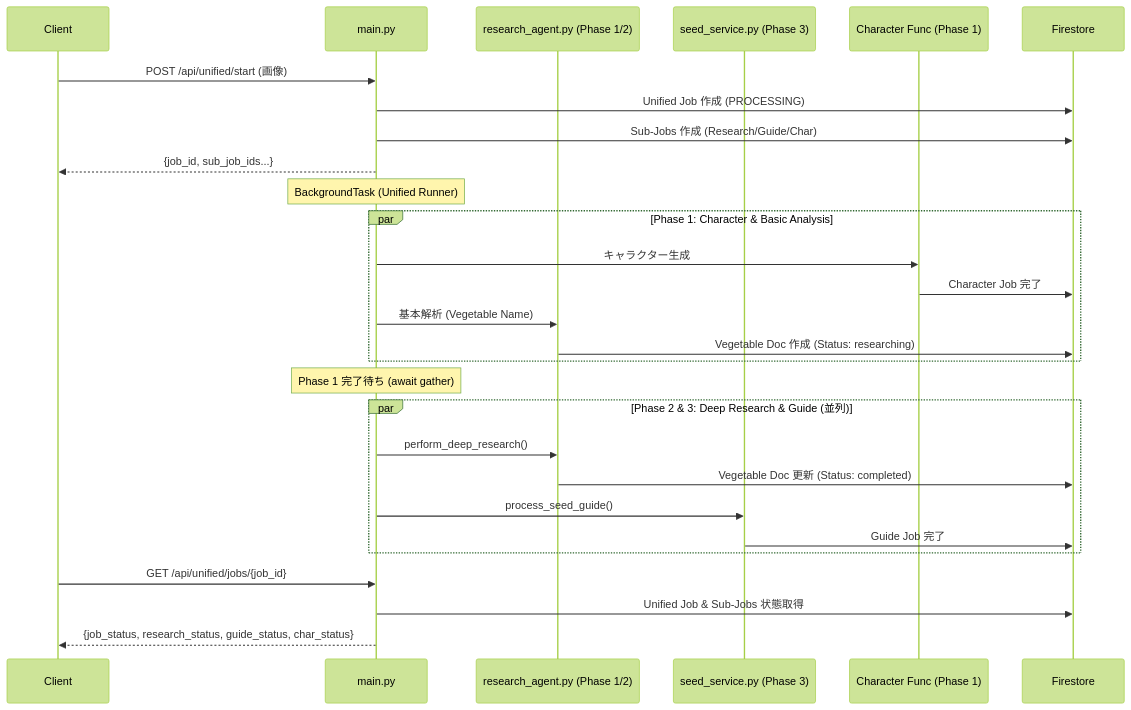
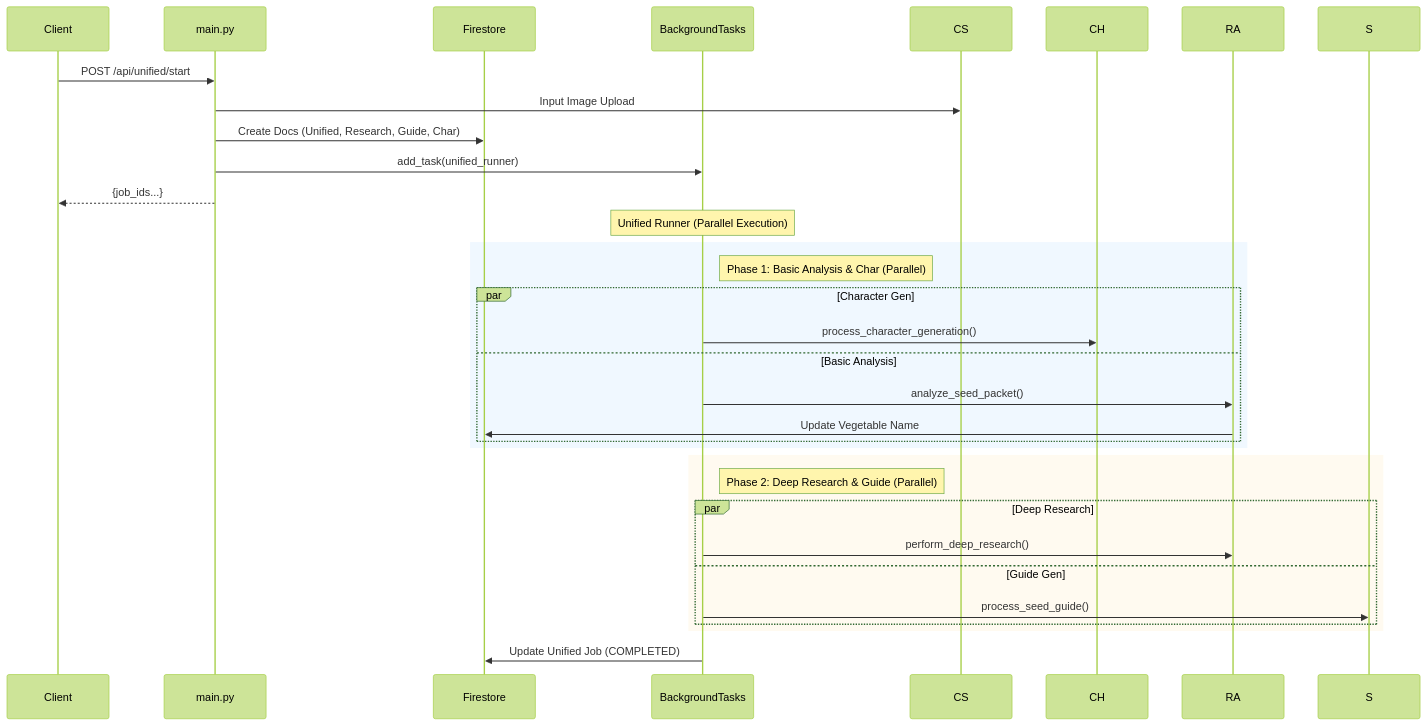
Before and after one commit to ai-agentic-hackathon-4/ai-batake-app: the fifth of 6 diagrams in backend/README.md, drawn with Mermaid (forest theme). The commit also changed other lines of this file, not shown here.

````diff
--- a/backend/README.md
+++ b/backend/README.md
@@ -250,36 +318,36 @@
 ```mermaid
 sequenceDiagram
     participant C as Client
     participant M as main.py
-    participant R as research_agent.py (Phase 1/2)
-    participant S as seed_service.py (Phase 3)
-    participant CF as Character Func (Phase 1)
     participant F as Firestore
+    participant BG as BackgroundTasks
 
-    C->>M: POST /api/unified/start (画像)
-    M->>F: Unified Job 作成 (PROCESSING)
-    M->>F: Sub-Jobs 作成 (Research/Guide/Char)
-    M-->>C: {job_id, sub_job_ids...}
+    C->>M: POST /api/unified/start
+    M->>CS: Input Image Upload
+    M->>F: Create Docs (Unified, Research, Guide, Char)
+    M->>BG: add_task(unified_runner)
+    M-->>C: {job_ids...}
 
-    Note over M: BackgroundTask (Unified Runner)
+    Note over BG: Unified Runner (Parallel Execution)
+    
+    rect rgb(240, 248, 255)
+        note right of BG: Phase 1: Basic Analysis & Char (Parallel)
+        par Character Gen
+            BG->>CH: process_character_generation()
+        and Basic Analysis
+            BG->>RA: analyze_seed_packet()
+            RA->>F: Update Vegetable Name
+        end
+    end
 
-    par Phase 1: Character & Basic Analysis
-        M->>CF: キャラクター生成
-        CF->>F: Character Job 完了
-        M->>R: 基本解析 (Vegetable Name)
-        R->>F: Vegetable Doc 作成 (Status: researching)
+    rect rgb(255, 250, 240)
+        note right of BG: Phase 2: Deep Research & Guide (Parallel)
+        par Deep Research
+            BG->>RA: perform_deep_research()
+        and Guide Gen
+            BG->>S: process_seed_guide()
+        end
     end
     
-    Note over M: Phase 1 完了待ち (await gather)
-
-    par Phase 2 & 3: Deep Research & Guide (並列)
-        M->>R: perform_deep_research()
-        R->>F: Vegetable Doc 更新 (Status: completed)
-        M->>S: process_seed_guide()
-        S->>F: Guide Job 完了
-    end
-
-    C->>M: GET /api/unified/jobs/{job_id}
-    M->>F: Unified Job & Sub-Jobs 状態取得
-    M-->>C: {job_status, research_status, guide_status, char_status}
+    BG->>F: Update Unified Job (COMPLETED)
 ```
````
